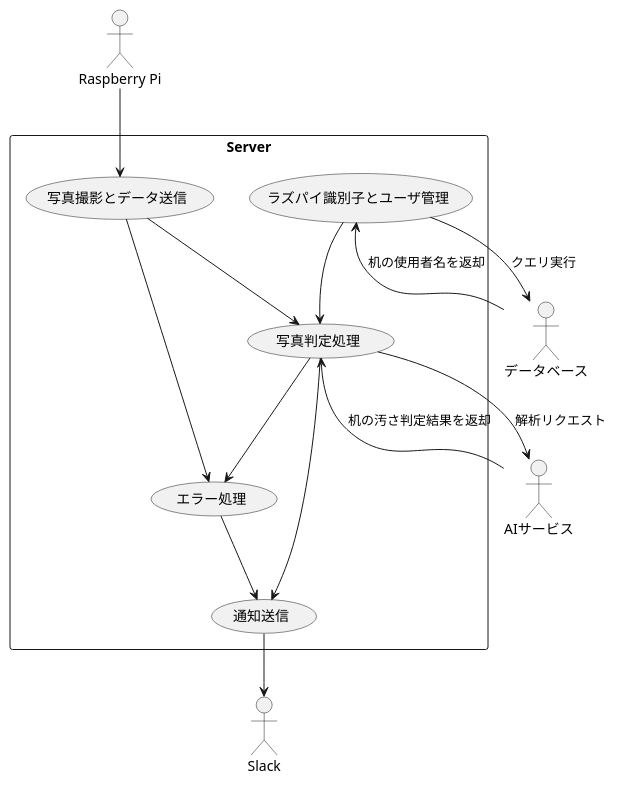
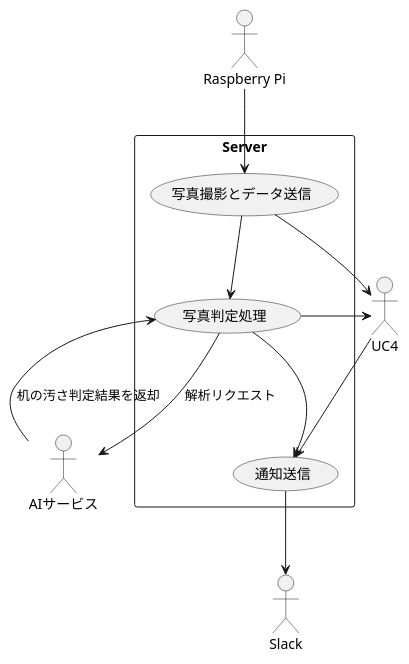
The diagram in UseCase.puml (kangy106/OkatadukeClub), drawn with PlantUML before and after one commit.

Commit message:
ユースケース図からDBのactionを削除

```diff
--- a/UseCase.puml
+++ b/UseCase.puml
@@ -1,30 +1,24 @@
 @startuml
 ' アクターの定義
 actor "Raspberry Pi" as Raspi
 actor "Slack" as Slack
 actor "AIサービス" as AIService
-actor "データベース" as DB
 
 ' サーバをシステムとして定義
 rectangle Server {
     usecase "写真撮影とデータ送信" as UC1
     usecase "写真判定処理" as UC2
     usecase "通知送信" as UC3
-    usecase "ラズパイ識別子とユーザ管理" as UC4
-    usecase "エラー処理" as UC5
 }
 
 ' アクターとユースケースの関係
 Raspi --> UC1
 UC1 --> UC2
 UC2 --> AIService : 解析リクエスト
 AIService --> UC2 : 机の汚さ判定結果を返却
 UC2 --> UC3
-UC4 --> UC2
 UC3 --> Slack
-UC1 --> UC5
-UC2 --> UC5
-UC4 --> DB : クエリ実行
-DB --> UC4 : 机の使用者名を返却
-UC5 --> UC3
+UC1 --> UC4
+UC2 --> UC4
+UC4 --> UC3
 @enduml
```
